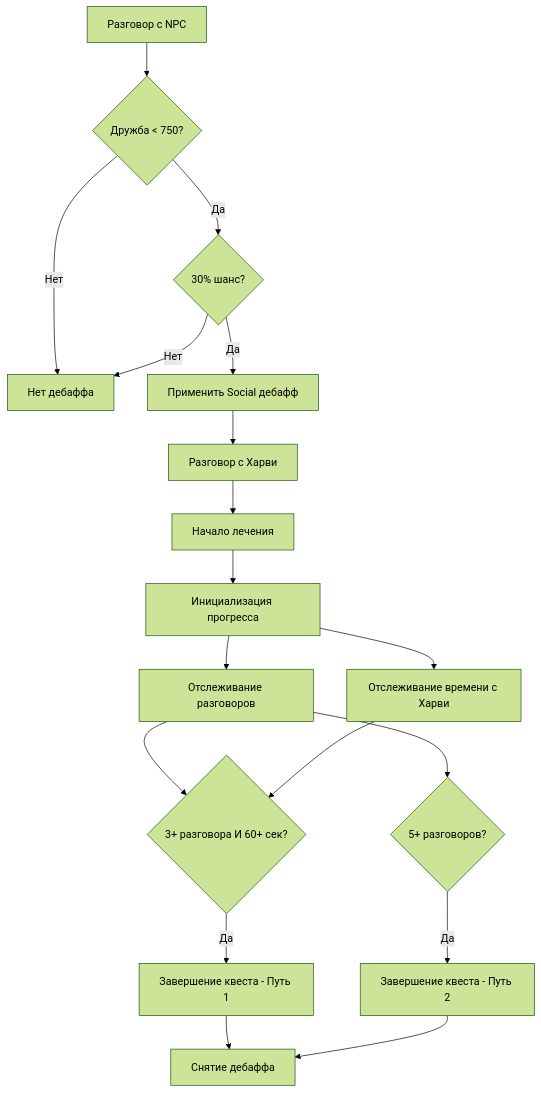
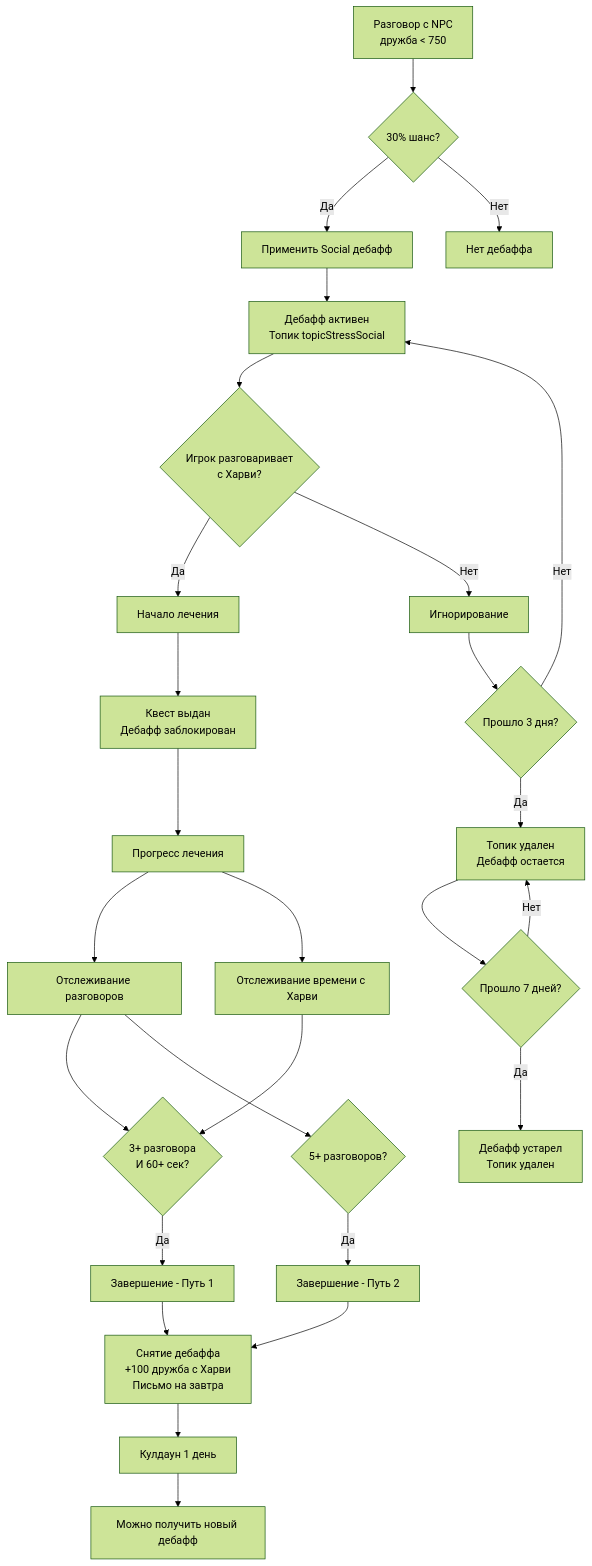
The first of 2 diagrams in ANALYSIS_SOCIAL_STRESS_LOGIC.md (marilynsinister/HarveyStressMeter), drawn with Mermaid (forest theme) before and after one commit. The commit also changed other lines of this file and 9 other files, not shown here.

````diff
--- a/ANALYSIS_SOCIAL_STRESS_LOGIC.md
+++ b/ANALYSIS_SOCIAL_STRESS_LOGIC.md
@@ -271,20 +1050,38 @@
 ```mermaid
 graph TD
-    A[Разговор с NPC] --> B{Дружба < 750?}
-    B -->|Да| C{30% шанс?}
-    B -->|Нет| D[Нет дебаффа]
-    C -->|Да| E[Применить Social дебафф]
-    C -->|Нет| D
-    E --> F[Разговор с Харви]
-    F --> G[Начало лечения]
-    G --> H[Инициализация прогресса]
-    H --> I[Отслеживание разговоров]
-    H --> J[Отслеживание времени с Харви]
-    I --> K{3+ разговора И 60+ сек?}
-    J --> K
-    K -->|Да| L[Завершение квеста - Путь 1]
-    I --> M{5+ разговоров?}
-    M -->|Да| N[Завершение квеста - Путь 2]
-    L --> O[Снятие дебаффа]
-    N --> O
+    A[Разговор с NPC<br/>дружба < 750] --> B{30% шанс?}
+    B -->|Да| C[Применить Social дебафф]
+    B -->|Нет| Z[Нет дебаффа]
+    
+    C --> D[Дебафф активен<br/>Топик topicStressSocial]
+    D --> E{Игрок разговаривает<br/>с Харви?}
+    
+    E -->|Да| F[Начало лечения]
+    E -->|Нет| G[Игнорирование]
+    
+    G --> H{Прошло 3 дня?}
+    H -->|Да| I[Топик удален<br/>Дебафф остается]
+    H -->|Нет| D
+    I --> J{Прошло 7 дней?}
+    J -->|Да| K[Дебафф устарел<br/>Топик удален]
+    J -->|Нет| I
+    
+    F --> L[Квест выдан<br/>Дебафф заблокирован]
+    L --> M[Прогресс лечения]
+    
+    M --> N[Отслеживание разговоров]
+    M --> O[Отслеживание времени с Харви]
+    
+    N --> P{3+ разговора<br/>И 60+ сек?}
+    O --> P
+    P -->|Да| Q[Завершение - Путь 1]
+    
+    N --> R{5+ разговоров?}
+    R -->|Да| S[Завершение - Путь 2]
+    
+    Q --> T[Снятие дебаффа<br/>+100 дружба с Харви<br/>Письмо на завтра]
+    S --> T
+    
+    T --> U[Кулдаун 1 день]
+    U --> V[Можно получить новый дебафф]
 ```
````
